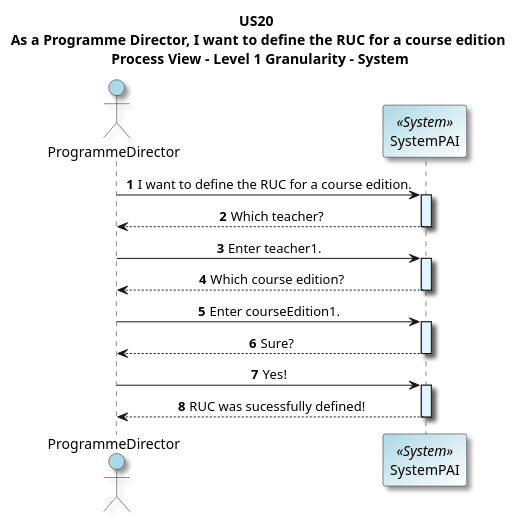
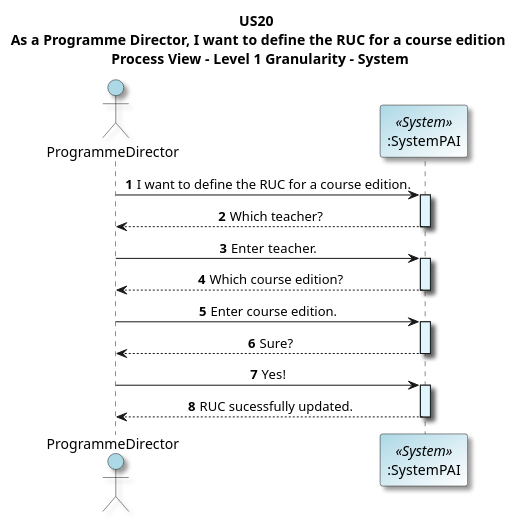
Before and after one commit to GasparISEP/DevOps-PAI: the diagram in docs/US20/sprint6_RestAPI/processView/DefineRUCForACourseEdition_Level1Granularity.puml, drawn with PlantUML.

Commit message:
Refs #545, #536: Minor updates on process view diagram with level 1 granularity for DefineARucForCourseEdition functionality

```diff
--- a/docs/US20/sprint6_RestAPI/processView/DefineRUCForACourseEdition_Level1Granularity.puml
+++ b/docs/US20/sprint6_RestAPI/processView/DefineRUCForACourseEdition_Level1Granularity.puml
@@ -1,39 +1,39 @@
 @startuml
 
 title US20 \n As a Programme Director, I want to define the RUC for a course edition \n Process View - Level 1 Granularity - System
 
 skinparam titleFontName "Verdana"
 skinparam defaultFontName "Verdana"
 skinparam defaultTextAlignment center
 skinparam shadowing true
 skinparam actorBackgroundColor #lightblue
 skinparam participantBackgroundColor #lightblue/white
 autonumber
 
 actor ProgrammeDirector as PD
-participant "SystemPAI" as System <<System>>
+participant ":SystemPAI" as System <<System>>
 
 PD -> System: I want to define the RUC for a course edition.
 activate System #E1F5FE
 
 System --> PD: Which teacher?
 deactivate System
 
-PD -> System: Enter teacher1.
+PD -> System: Enter teacher.
 activate System #E1F5FE
 
 System --> PD: Which course edition?
 deactivate System
 
-PD -> System: Enter courseEdition1.
+PD -> System: Enter course edition.
 activate System #E1F5FE
 
 System --> PD: Sure?
 deactivate System
 
 PD -> System: Yes!
 activate System #E1F5FE
 
-System --> PD: RUC was sucessfully defined!
+System --> PD: RUC sucessfully updated.
 deactivate System
 @enduml
```
